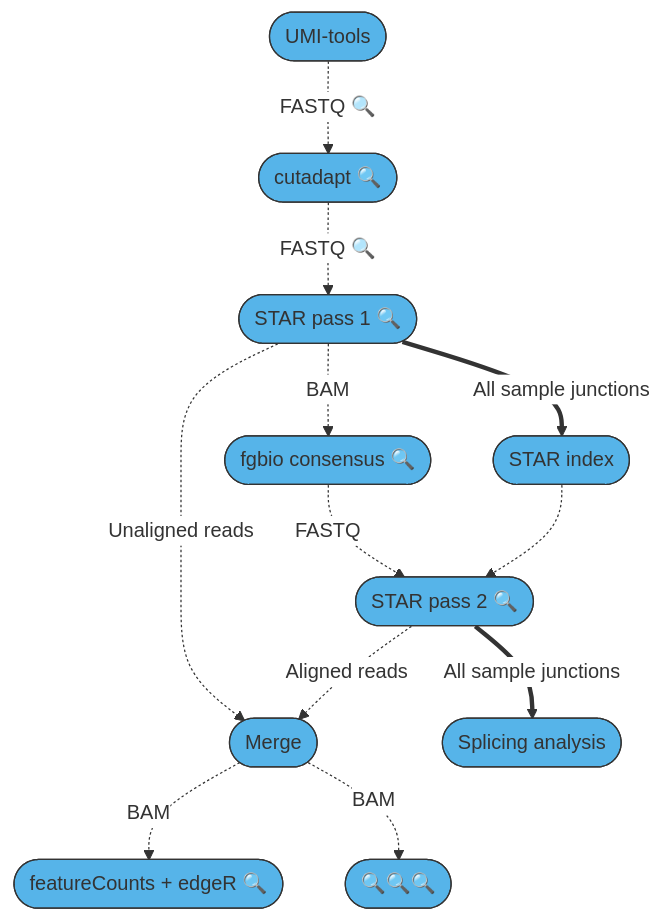
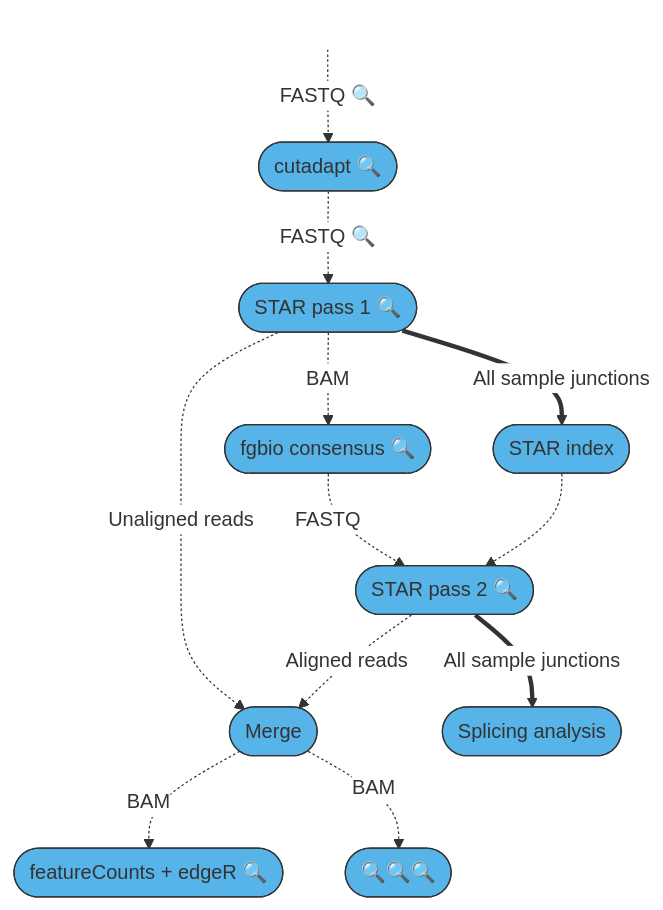
Before and after one commit to HCL-HUBL/SAMI: the diagram in doc/SAMI_short.mmd, drawn with Mermaid. The commit also changed 26 other files, not shown here.

```diff
--- a/doc/SAMI_short.mmd
+++ b/doc/SAMI_short.mmd
@@ -1,15 +1,18 @@
 %%{init: {'themeVariables': { 'edgeLabelBackground': '#ffffff'}}}%%
 flowchart TD
     classDef node fill:#56B4E9,stroke:#333,stroke-width:1px;
-    
-    umitools([UMI-tools]) -."FASTQ 🔍".-> cutadapt(["cutadapt 🔍"])
+    classDef empty fill:#FFFFFF,stroke:#FFFFFF,stroke-width:0px;
+
+    in[" "] -."FASTQ 🔍".-> cutadapt(["cutadapt 🔍"])
     cutadapt -."FASTQ 🔍".-> STAR1(["STAR pass 1 🔍"])
     STAR1 ==All sample junctions==> STARi([STAR index])
     STAR1 -.BAM.-> fgbio(["fgbio consensus 🔍"])
     fgbio -.FASTQ.-> STAR2(["STAR pass 2 🔍"])
     STARi -.-> STAR2
     STAR1 -.Unaligned reads.-> merge([Merge])
     STAR2 -.Aligned reads.-> merge
     STAR2 ==All sample junctions==> splicing([Splicing analysis])
     merge -."BAM".-> featureCounts(["featureCounts + edgeR 🔍"])
     merge -."BAM".-> rnaSeqMetrics(["🔍🔍🔍"])
+
+    class in empty
```
